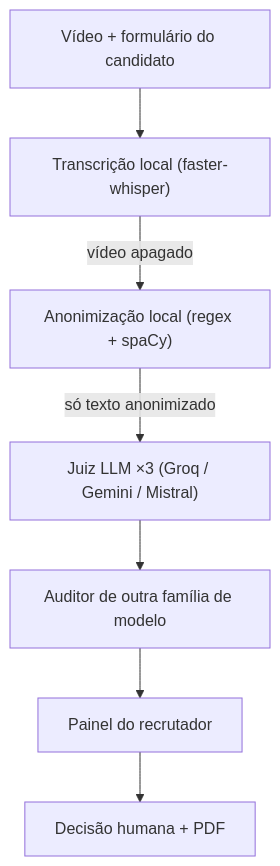
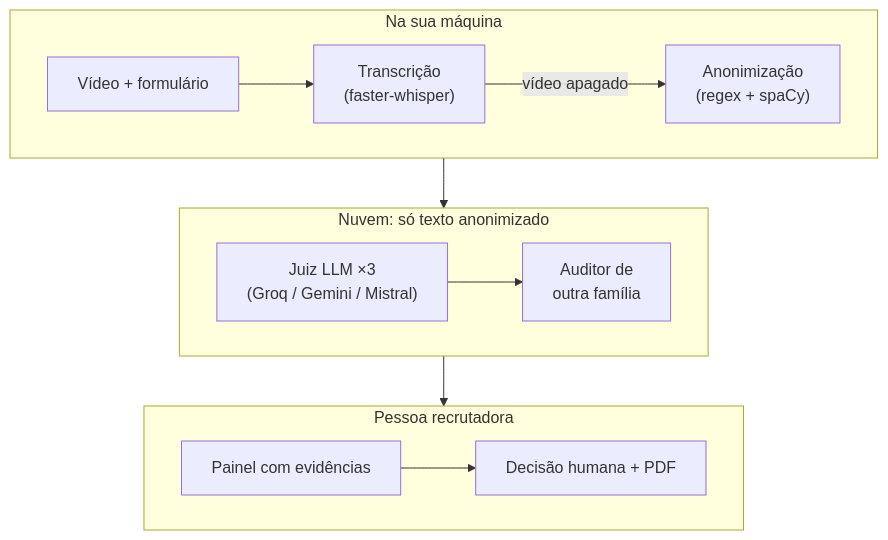
One commit to Felipebc2/TalentVisor changed the diagram in README.md. Above: the diagram before and after it, drawn with Mermaid.

Commit message:
docs(readme): pipeline diagram in three rows

````diff
--- a/README.md
+++ b/README.md
@@ -7,9 +7,18 @@
 ```mermaid
 flowchart TD
-  V["Vídeo + formulário do candidato"] --> STT["Transcrição local (faster-whisper)"]
-  STT -->|vídeo apagado| A["Anonimização local (regex + spaCy)"]
-  A -->|só texto anonimizado| J["Juiz LLM ×3 (Groq / Gemini / Mistral)"]
-  J --> AU["Auditor de outra família de modelo"]
-  AU --> P["Painel do recrutador"]
-  P --> D["Decisão humana + PDF"]
+  subgraph local["Na sua máquina"]
+    direction LR
+    V["Vídeo + formulário"] --> STT["Transcrição<br/>(faster-whisper)"]
+    STT -->|vídeo apagado| A["Anonimização<br/>(regex + spaCy)"]
+  end
+  subgraph cloud["Nuvem: só texto anonimizado"]
+    direction LR
+    J["Juiz LLM ×3<br/>(Groq / Gemini / Mistral)"] --> AU["Auditor de<br/>outra família"]
+  end
+  subgraph human["Pessoa recrutadora"]
+    direction LR
+    P["Painel com evidências"] --> D["Decisão humana + PDF"]
+  end
+  A --> J
+  AU --> P
 ```
````
